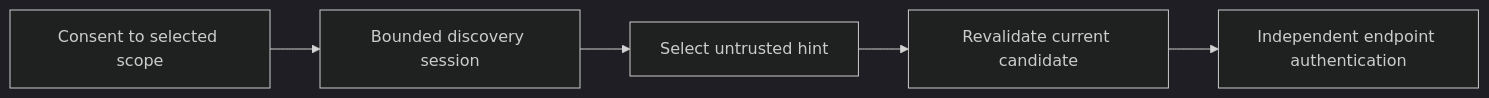
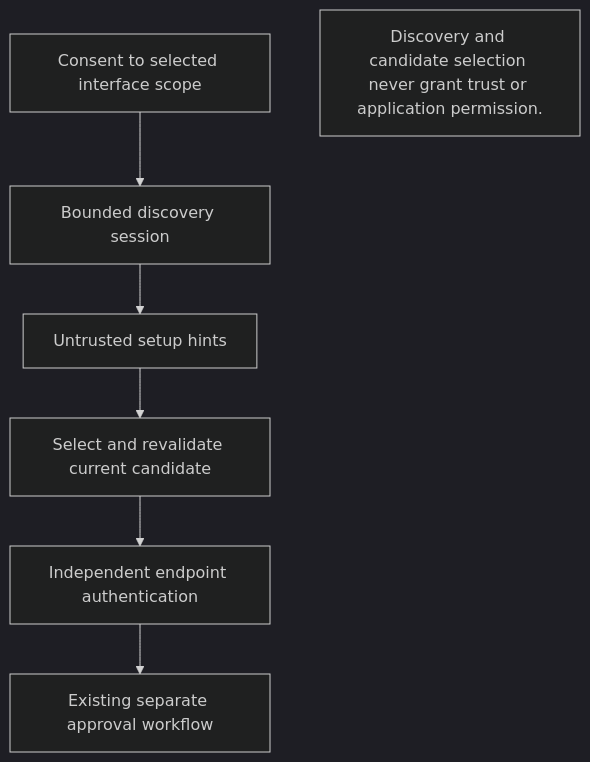
One commit to webkaz-labs/sobalink changed the diagram in internal/nearby/README.md. Above: the diagram before and after it, drawn with Mermaid (dark theme). The commit also changed 238 other files, not shown here.

First line of the commit message:
docs: explain workflows with distinct diagrams and real screen examples (#60)

````diff
--- a/internal/nearby/README.md
+++ b/internal/nearby/README.md
@@ -13,7 +13,12 @@
 ```mermaid
-flowchart LR
-    A[Consent to selected scope] --> B[Bounded discovery session]
-    B --> C[Select untrusted hint]
-    C --> D[Revalidate current candidate]
-    D --> E[Independent endpoint authentication]
+flowchart TD
+ accTitle: Discovery is only a hint
+ accDescr: Discovery and candidate selection never grant trust or application permission.
+ A["Consent to selected interface scope"] --> B["Bounded discovery session"]
+ B --> C["Untrusted setup hints"]
+ C --> D["Select and revalidate current candidate"]
+ D --> E["Independent endpoint authentication"]
+ E --> F["Existing separate approval workflow"]
+
+ LIMIT["Discovery and candidate selection never grant trust or application permission."]
 ```
````
